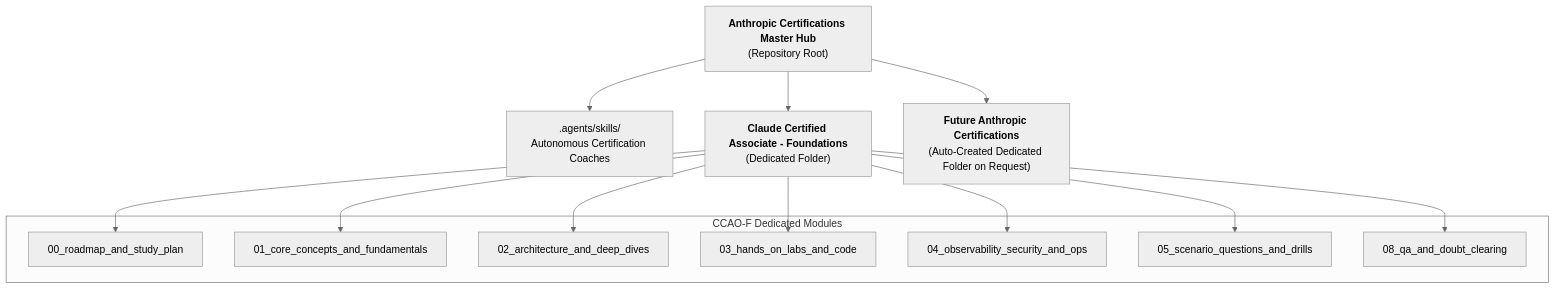
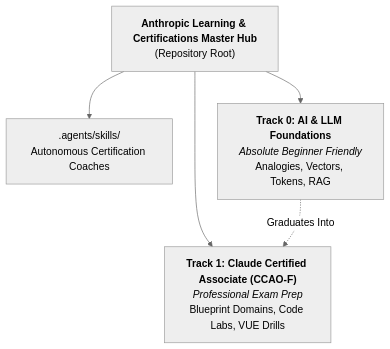
The diagram in README.md (wrt2sanjoy/claude-certifications-hub), drawn with Mermaid (neutral theme) before and after one commit. The commit also changed other lines of this file and 10 other files, not shown here.

````diff
--- a/README.md
+++ b/README.md
@@ -43,29 +54,14 @@
 ```mermaid
 graph TD
-    Root["<b>Anthropic Certifications Master Hub</b><br/>(Repository Root)"]
+    Root["<b>Anthropic Learning & Certifications Master Hub</b><br/>(Repository Root)"]
     Agents[".agents/skills/<br/>Autonomous Certification Coaches"]
-    Cert1["<b>Claude Certified Associate - Foundations</b><br/>(Dedicated Folder)"]
-    CertFuture["<b>Future Anthropic Certifications</b><br/>(Auto-Created Dedicated Folder on Request)"]
+    
+    Track0["<b>Track 0: AI & LLM Foundations</b><br/><i>Absolute Beginner Friendly</i><br/>Analogies, Vectors, Tokens, RAG"]
+    Track1["<b>Track 1: Claude Certified Associate (CCAO-F)</b><br/><i>Professional Exam Prep</i><br/>Blueprint Domains, Code Labs, VUE Drills"]
+    
+    Root --> Agents
+    Root --> Track0
+    Root --> Track1
 
-    Root --> Agents
-    Root --> Cert1
-    Root --> CertFuture
-
-    subgraph CCAO_F["CCAO-F Dedicated Modules"]
-        M0["00_roadmap_and_study_plan"]
-        M1["01_core_concepts_and_fundamentals"]
-        M2["02_architecture_and_deep_dives"]
-        M3["03_hands_on_labs_and_code"]
-        M4["04_observability_security_and_ops"]
-        M5["05_scenario_questions_and_drills"]
-        M8["08_qa_and_doubt_clearing"]
-    end
-
-    Cert1 --> M0
-    Cert1 --> M1
-    Cert1 --> M2
-    Cert1 --> M3
-    Cert1 --> M4
-    Cert1 --> M5
-    Cert1 --> M8
+    Track0 -.->|"Graduates Into"| Track1
 ```
````
